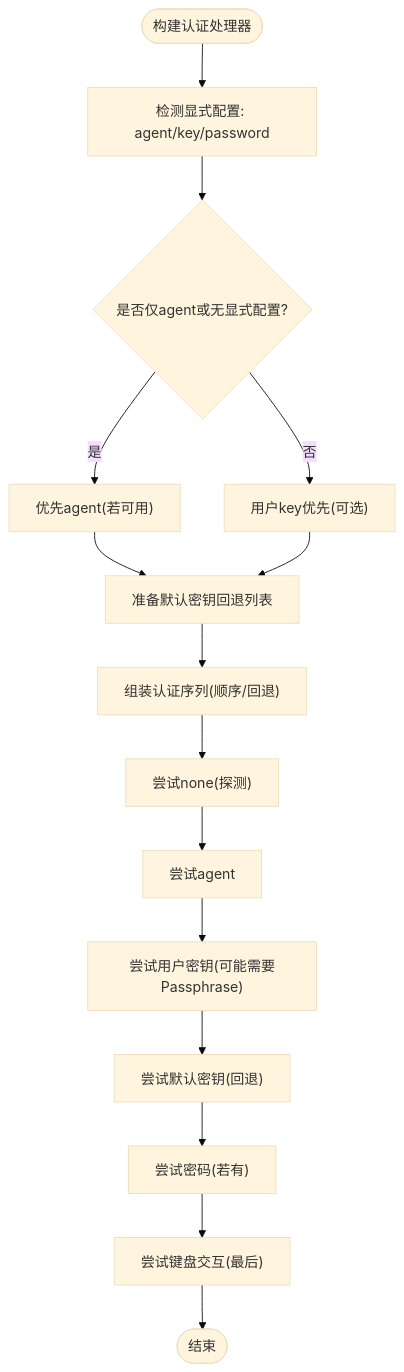
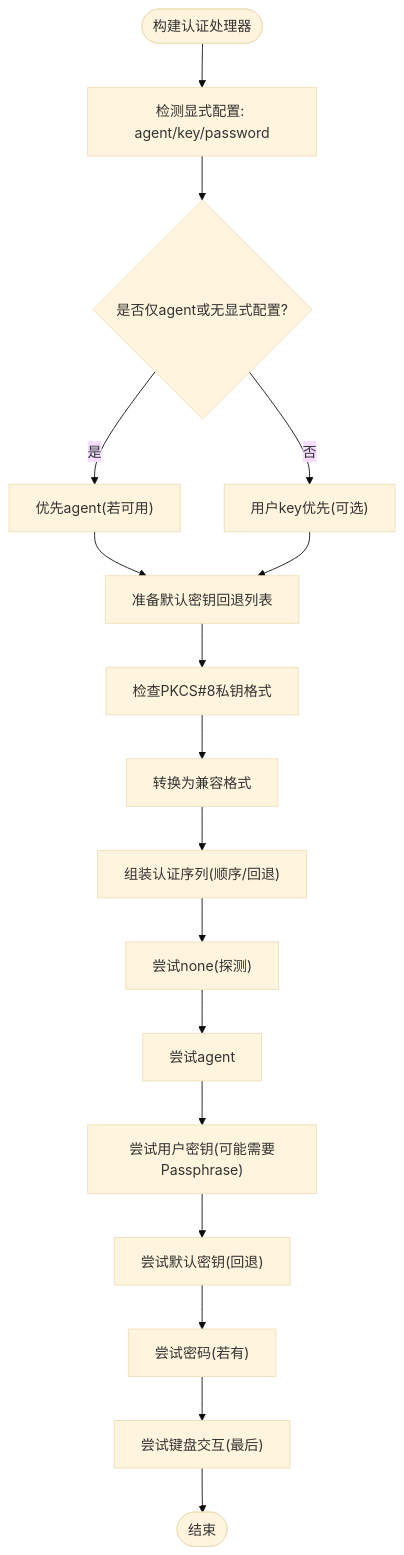
One commit to szeiyou/Netcatty changed the fourth of 11 diagrams in .qoder/repowiki/zh/content/用户指南/SSH客户端管理/认证方式.md. Above: the diagram before and after it, drawn with Mermaid (base theme). The commit also changed other lines of this file and 8 other files, not shown here.

````diff
--- a/.qoder/repowiki/zh/content/用户指南/SSH客户端管理/认证方式.md
+++ b/.qoder/repowiki/zh/content/用户指南/SSH客户端管理/认证方式.md
@@ -200,17 +228,19 @@
 ```mermaid
 flowchart TD
 AStart(["构建认证处理器"]) --> CheckExplicit["检测显式配置: agent/key/password"]
 CheckExplicit --> UseAgentFirst{"是否仅agent或无显式配置?"}
 UseAgentFirst --> |是| AgentFirst["优先agent(若可用)"]
 UseAgentFirst --> |否| UserKeyFirst["用户key优先(可选)"]
 AgentFirst --> FallbackKeys["准备默认密钥回退列表"]
 UserKeyFirst --> FallbackKeys
-FallbackKeys --> BuildSeq["组装认证序列(顺序/回退)"]
+FallbackKeys --> CheckPKCS8["检查PKCS#8私钥格式"]
+CheckPKCS8 --> ConvertPKCS8["转换为兼容格式"]
+ConvertPKCS8 --> BuildSeq["组装认证序列(顺序/回退)"]
 BuildSeq --> TryNone["尝试none(探测)"]
 TryNone --> TryAgent["尝试agent"]
 TryAgent --> TryUserKey["尝试用户密钥(可能需要Passphrase)"]
 TryUserKey --> TryDefaultKeys["尝试默认密钥(回退)"]
 TryDefaultKeys --> TryPassword["尝试密码(若有)"]
 TryPassword --> TryKeyboard["尝试键盘交互(最后)"]
 TryKeyboard --> Done(["结束"])
 ```
````
